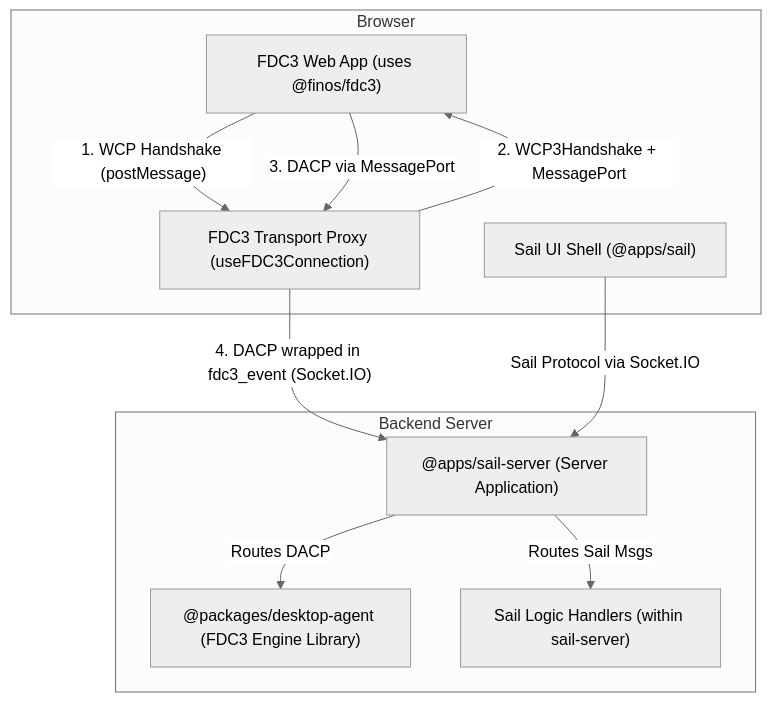
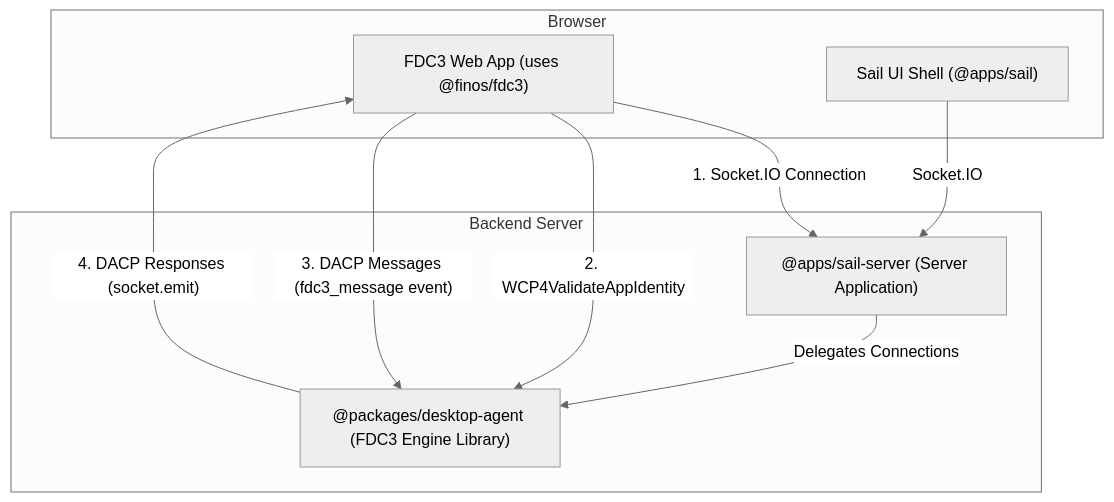
The diagram in packages/desktop-agent/ARCHITECTURE.md (SeeWhatsOn/FDC3-Sail), drawn with Mermaid (neutral theme) before and after one commit. The commit also changed other lines of this file and 13 other files, not shown here.

First line of the commit message:
restore(desktop-agent): update DACP handler context and streamline type definitions

````diff
--- a/packages/desktop-agent/ARCHITECTURE.md
+++ b/packages/desktop-agent/ARCHITECTURE.md
@@ -18,23 +18,20 @@
 ```mermaid
 flowchart TD
     subgraph Browser
         FDC3App["FDC3 Web App (uses @finos/fdc3)"]
         SailUI["Sail UI Shell (@apps/sail)"]
-        Proxy["FDC3 Transport Proxy (useFDC3Connection)"]
     end
 
     subgraph Backend Server
         SailServer["@apps/sail-server (Server Application)"]
         DesktopAgent["@packages/desktop-agent (FDC3 Engine Library)"]
-        SailHandlers["Sail Logic Handlers (within sail-server)"]
     end
 
-    FDC3App -- "1. WCP Handshake (postMessage)" --> Proxy
-    Proxy -- "2. WCP3Handshake + MessagePort" --> FDC3App
-    FDC3App -- "3. DACP via MessagePort" --> Proxy
-    Proxy -- "4. DACP wrapped in fdc3_event (Socket.IO)" --> SailServer
-    SailUI -- "Sail Protocol via Socket.IO" --> SailServer
+    FDC3App -- "1. Socket.IO Connection" --> SailServer
+    FDC3App -- "2. WCP4ValidateAppIdentity" --> DesktopAgent
+    FDC3App -- "3. DACP Messages (fdc3_message event)" --> DesktopAgent
+    DesktopAgent -- "4. DACP Responses (socket.emit)" --> FDC3App
+    SailUI -- "Socket.IO" --> SailServer
 
-    SailServer --> |Routes DACP| DesktopAgent
-    SailServer --> |Routes Sail Msgs| SailHandlers
+    SailServer --> |Delegates Connections| DesktopAgent
 ```
````
